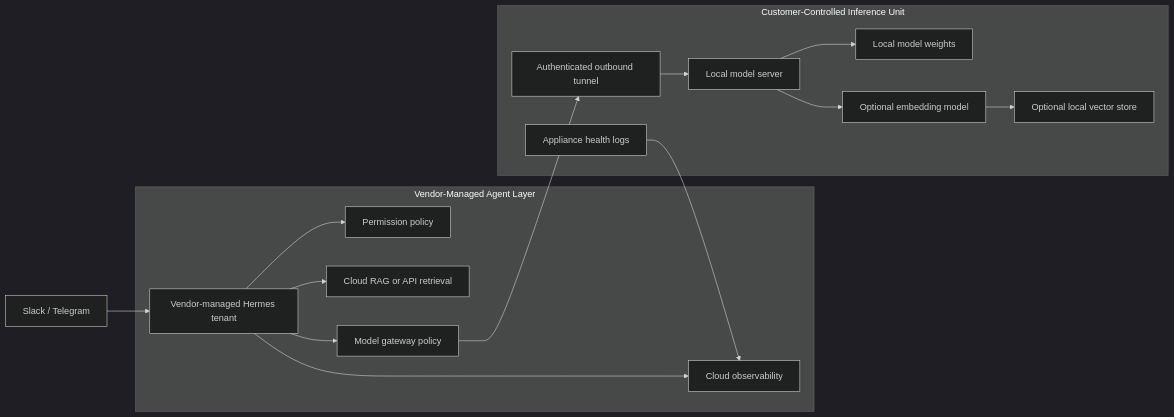
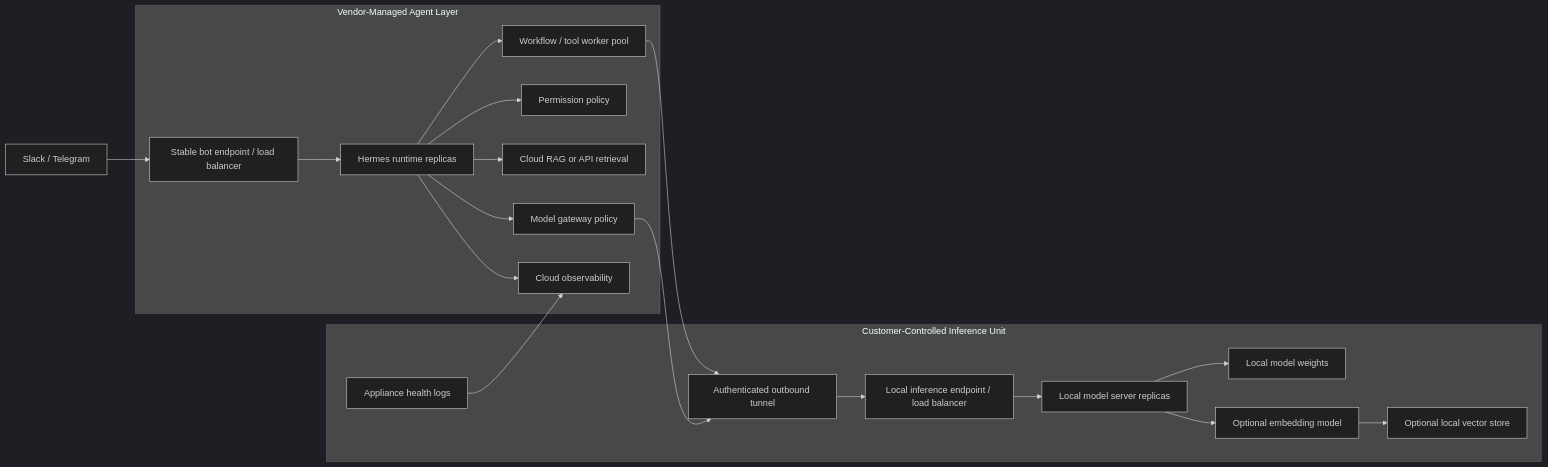
Before and after one commit to atlamors/agent-docs: the diagram in app/deployment-strategies/hybrid-local-inference/page.mdx, drawn with Mermaid (dark theme). The commit also changed other lines of this file and 4 other files, not shown here.

Commit message:
Clarify runtime scaling in deployment diagrams

````diff
--- a/app/deployment-strategies/hybrid-local-inference/page.mdx
+++ b/app/deployment-strategies/hybrid-local-inference/page.mdx
@@ -58,21 +60,25 @@
 ```mermaid
 flowchart LR
-  channels["Slack / Telegram"] --> tenant["Vendor-managed Hermes tenant"]
+  channels["Slack / Telegram"] --> ingress["Stable bot endpoint / load balancer"]
 
   subgraph cloud["Vendor-Managed Agent Layer"]
-    tenant --> permissions["Permission policy"]
-    tenant --> ragCloud["Cloud RAG or API retrieval"]
-    tenant --> gateway["Model gateway policy"]
-    tenant --> obs["Cloud observability"]
+    ingress --> runtimePool["Hermes runtime replicas"]
+    runtimePool --> workerPool["Workflow / tool worker pool"]
+    runtimePool --> permissions["Permission policy"]
+    runtimePool --> ragCloud["Cloud RAG or API retrieval"]
+    runtimePool --> gateway["Model gateway policy"]
+    runtimePool --> obs["Cloud observability"]
   end
 
   gateway --> tunnel["Authenticated outbound tunnel"]
+  workerPool --> tunnel
 
   subgraph appliance["Customer-Controlled Inference Unit"]
-    tunnel --> modelServer["Local model server"]
+    tunnel --> inferenceLb["Local inference endpoint / load balancer"]
+    inferenceLb --> modelServer["Local model server replicas"]
     modelServer --> weights["Local model weights"]
     modelServer --> embeddings["Optional embedding model"]
     embeddings --> localVector["Optional local vector store"]
     health["Appliance health logs"] --> obs
   end
 ```
````
